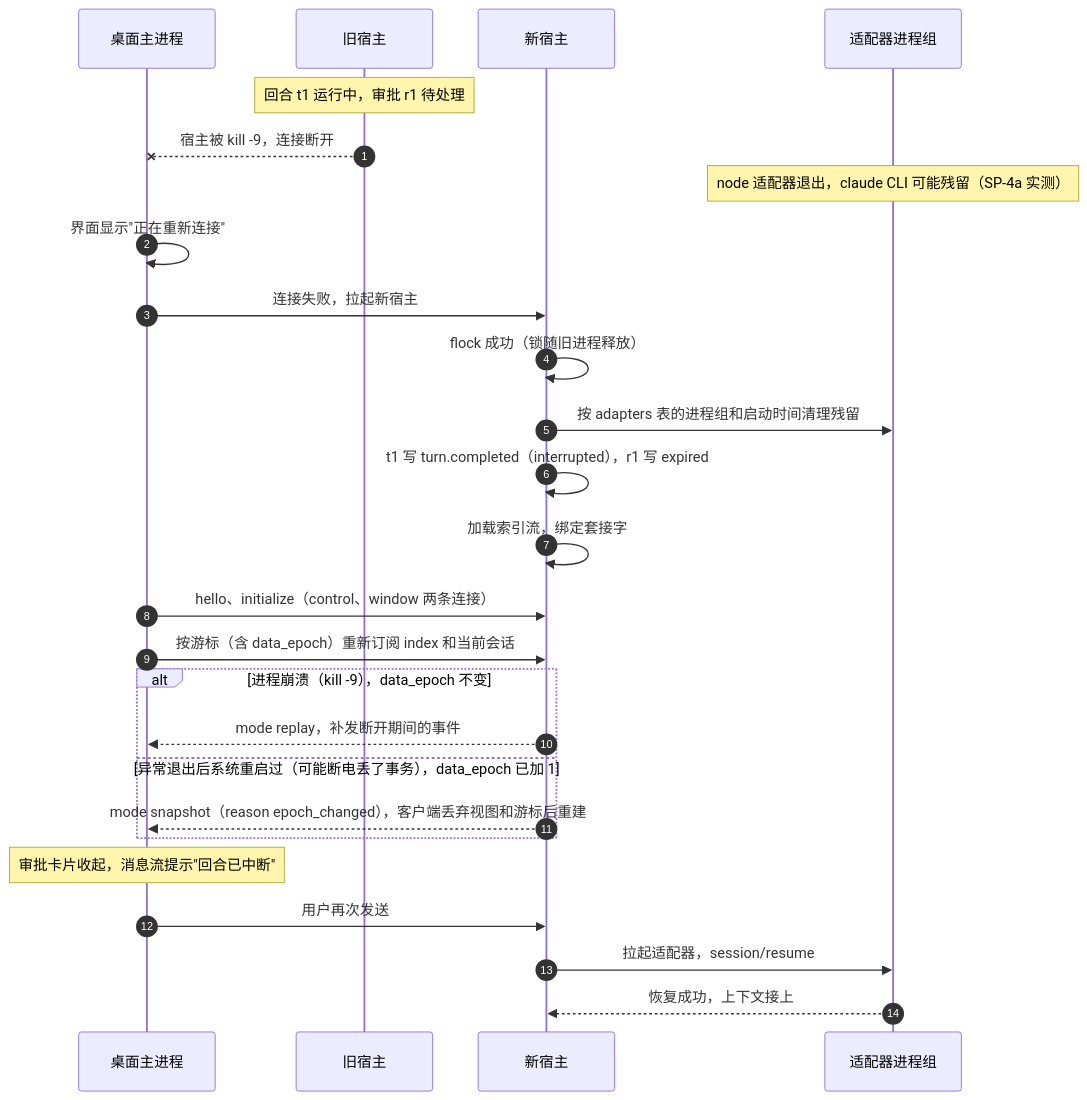
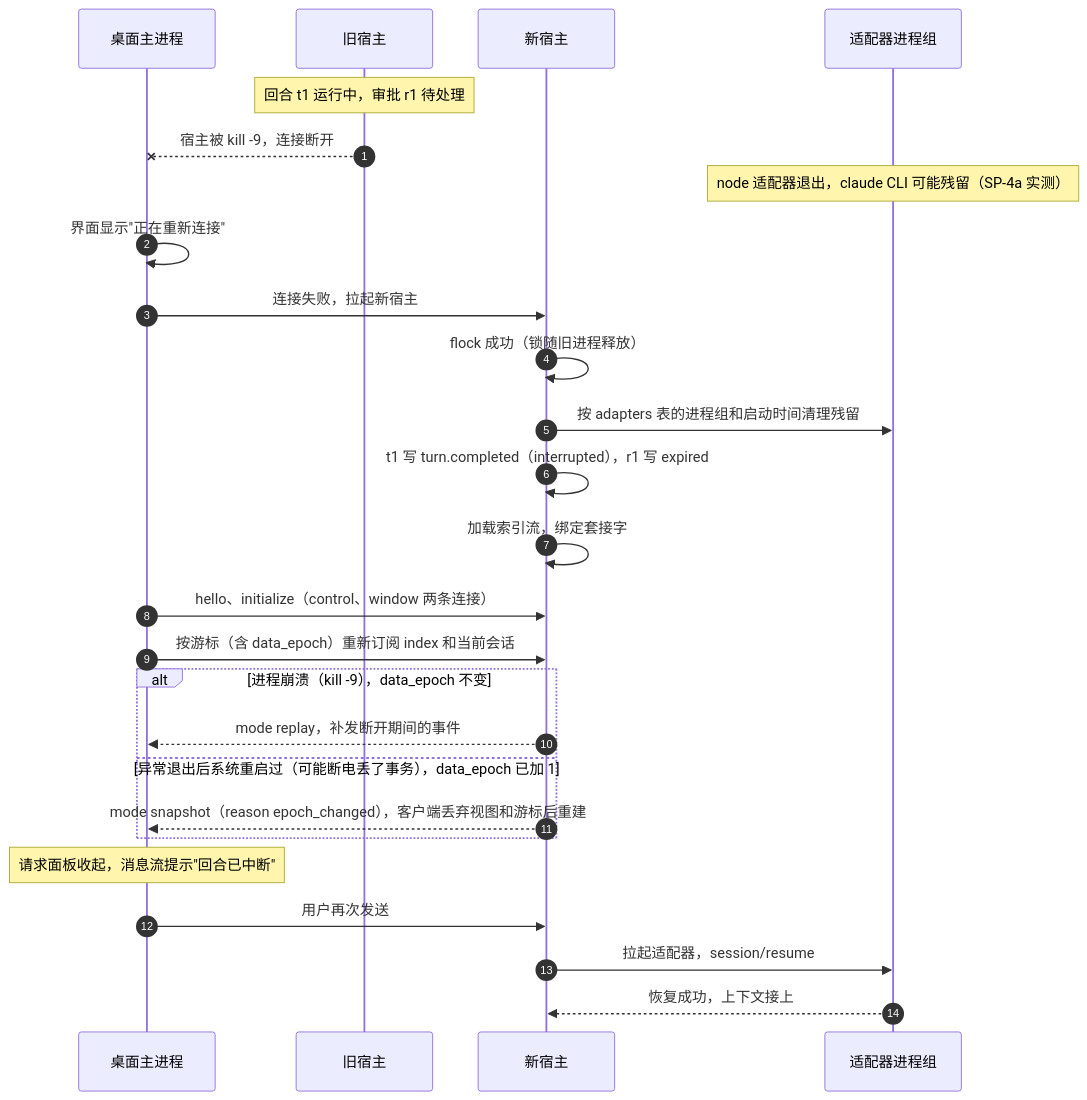
Before and after one commit to boris-w/cupper: the sixth of 11 diagrams in docs/design/05-flows.md, drawn with Mermaid. The commit also changed other lines of this file and 8 other files, not shown here.

````diff
--- a/docs/design/05-flows.md
+++ b/docs/design/05-flows.md
@@ -223,28 +224,28 @@
 ```mermaid
 sequenceDiagram
   autonumber
   participant M as 桌面主进程
   participant H as 旧宿主
   participant H2 as 新宿主
   participant AD as 适配器进程组
   Note over H: 回合 t1 运行中，审批 r1 待处理
   H--xM: 宿主被 kill -9，连接断开
   Note over AD: node 适配器退出，claude CLI 可能残留（SP-4a 实测）
   M->>M: 界面显示"正在重新连接"
   M->>H2: 连接失败，拉起新宿主
   H2->>H2: flock 成功（锁随旧进程释放）
   H2->>AD: 按 adapters 表的进程组和启动时间清理残留
   H2->>H2: t1 写 turn.completed（interrupted），r1 写 expired
   H2->>H2: 加载索引流，绑定套接字
   M->>H2: hello、initialize（control、window 两条连接）
   M->>H2: 按游标（含 data_epoch）重新订阅 index 和当前会话
   alt 进程崩溃（kill -9），data_epoch 不变
     H2-->>M: mode replay，补发断开期间的事件
   else 异常退出后系统重启过（可能断电丢了事务），data_epoch 已加 1
     H2-->>M: mode snapshot（reason epoch_changed），客户端丢弃视图和游标后重建
   end
-  Note over M: 审批卡片收起，消息流提示"回合已中断"
+  Note over M: 请求面板收起，消息流提示"回合已中断"
   M->>H2: 用户再次发送
   H2->>AD: 拉起适配器，session/resume
   AD-->>H2: 恢复成功，上下文接上
 ```
````
